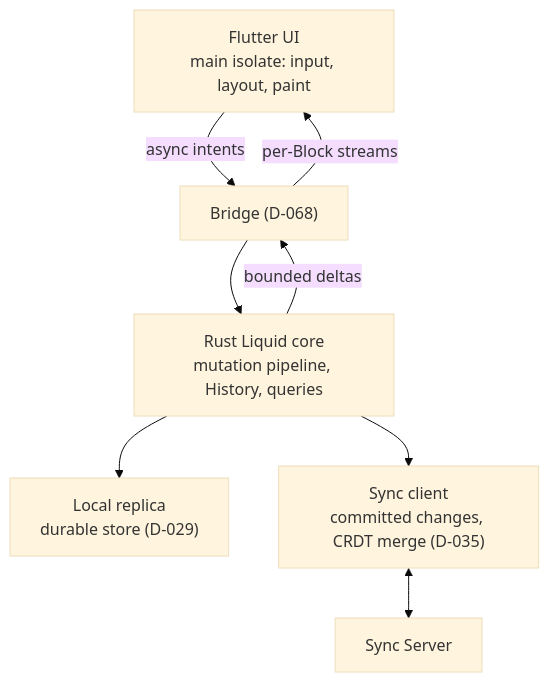
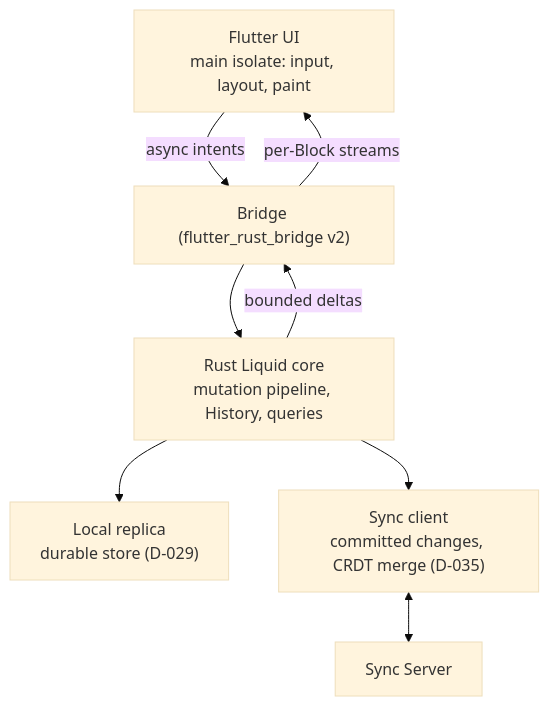
Before and after one commit to Open-Equilibrium/watershed: the diagram in docs/concept/liquid-client-architecture.md, drawn with Mermaid (base theme). The commit also changed other lines of this file and 188 other files, not shown here.

````diff
--- a/docs/concept/liquid-client-architecture.md
+++ b/docs/concept/liquid-client-architecture.md
@@ -11,10 +11,10 @@
 ```mermaid
 flowchart TD
-  UI["Flutter UI<br/>main isolate: input, layout, paint"] -->|"async intents"| BR["Bridge (D-068)"]
+  UI["Flutter UI<br/>main isolate: input, layout, paint"] -->|"async intents"| BR["Bridge (flutter_rust_bridge v2)"]
   BR --> CORE["Rust Liquid core<br/>mutation pipeline, History, queries"]
   CORE --> ST["Local replica<br/>durable store (D-029)"]
   CORE --> SY["Sync client<br/>committed changes, CRDT merge (D-035)"]
   SY <--> SS["Sync Server"]
   CORE -->|"bounded deltas"| BR
   BR -->|"per-Block streams"| UI
 ```
````
